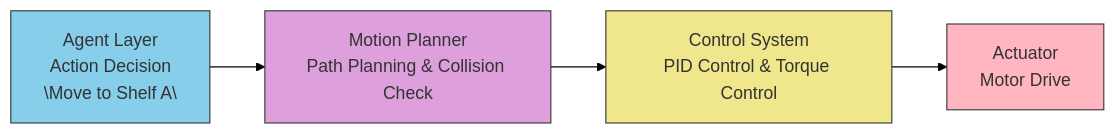
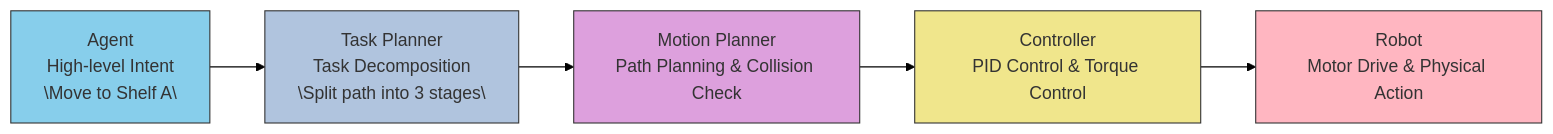
The fourth of 5 diagrams in docs/concepts/06-physical-ai.md (shuji-bonji/ai-agent-architecture), drawn with Mermaid (forest theme) before and after one commit. The commit also changed other lines of this file and 1 other file, not shown here.

Commit message:
fix: 06-physical-ai#agent-から-robot-へ-—-制御の流れ の追加

````diff
--- a/docs/concepts/06-physical-ai.md
+++ b/docs/concepts/06-physical-ai.md
@@ -292,14 +308,16 @@
 ```mermaid
 flowchart LR
-    A["Agent Layer<br/>Action Decision<br/>\"Move to Shelf A\""]
+    A["Agent<br/>High-level Intent<br/>\"Move to Shelf A\""]
+    TP["Task Planner<br/>Task Decomposition<br/>\"Split path into 3 stages\""]
     MP["Motion Planner<br/>Path Planning & Collision Check"]
-    CS["Control System<br/>PID Control & Torque Control"]
-    ACT["Actuator<br/>Motor Drive"]
+    CT["Controller<br/>PID Control & Torque Control"]
+    R["Robot<br/>Motor Drive & Physical Action"]
 
-    A --> MP --> CS --> ACT
+    A --> TP --> MP --> CT --> R
 
     style A fill:#87CEEB,color:#333,stroke:#333
+    style TP fill:#B0C4DE,color:#333,stroke:#333
     style MP fill:#DDA0DD,color:#333,stroke:#333
-    style CS fill:#F0E68C,color:#333,stroke:#333
-    style ACT fill:#FFB6C1,color:#333,stroke:#333
+    style CT fill:#F0E68C,color:#333,stroke:#333
+    style R fill:#FFB6C1,color:#333,stroke:#333
 ```
````
